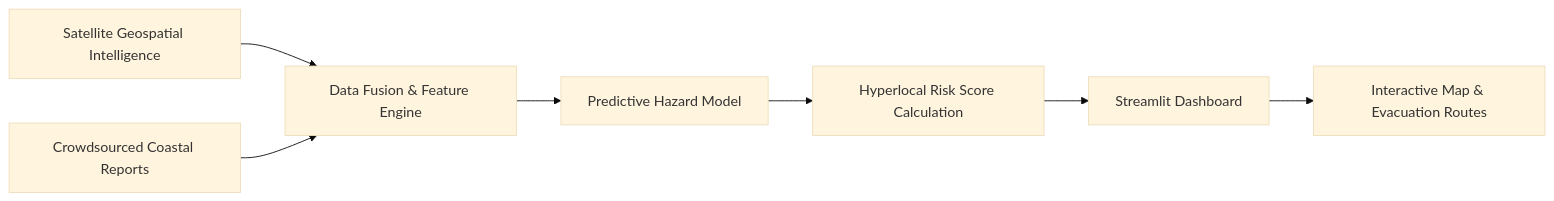
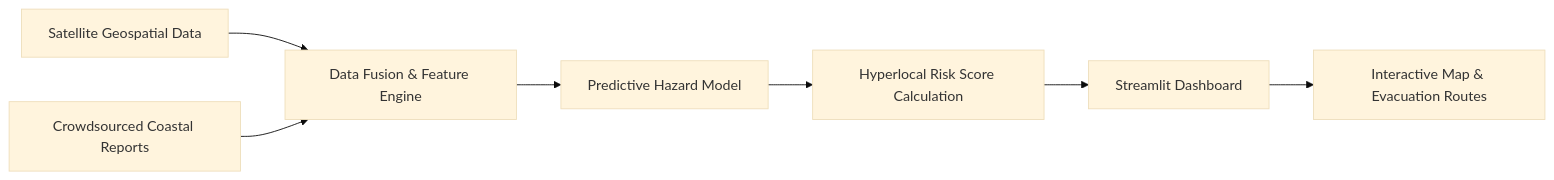
Before and after one commit to KrishnaKanhaiya1/CoastGuardAI: the diagram in README.md, drawn with Mermaid (base theme). The commit also changed other lines of this file, not shown here.

Commit message:
docs: expand comprehensive README documentation with architecture diagrams, features, tech stack & setup guides

````diff
--- a/README.md
+++ b/README.md
@@ -25,11 +25,11 @@
 ```mermaid
 flowchart LR
-    SatData[Satellite Geospatial Intelligence] --> FusionEngine[Data Fusion & Feature Engine]
+    SatData[Satellite Geospatial Data] --> FusionEngine[Data Fusion & Feature Engine]
     CommunityData[Crowdsourced Coastal Reports] --> FusionEngine
     
     FusionEngine --> HazardModel[Predictive Hazard Model]
     HazardModel --> RiskScore[Hyperlocal Risk Score Calculation]
     
     RiskScore --> UI[Streamlit Dashboard]
     UI --> MapView[Interactive Map & Evacuation Routes]
 ```
````
